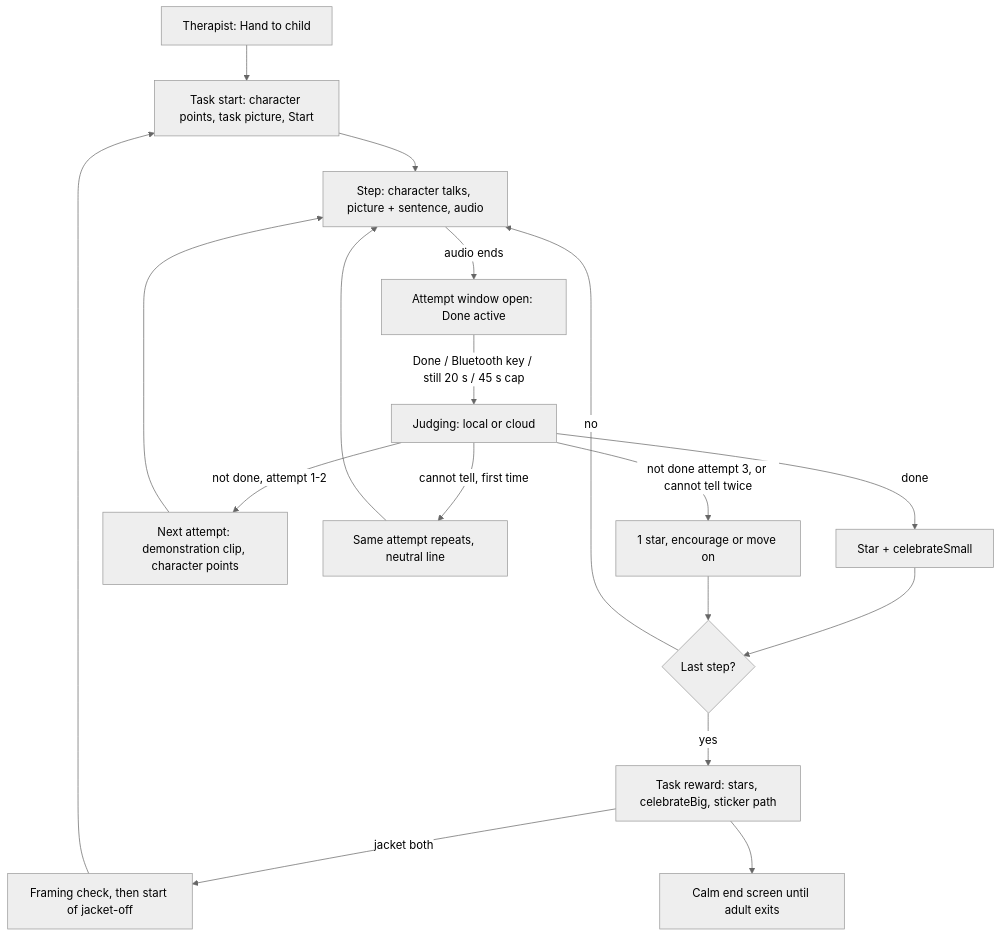
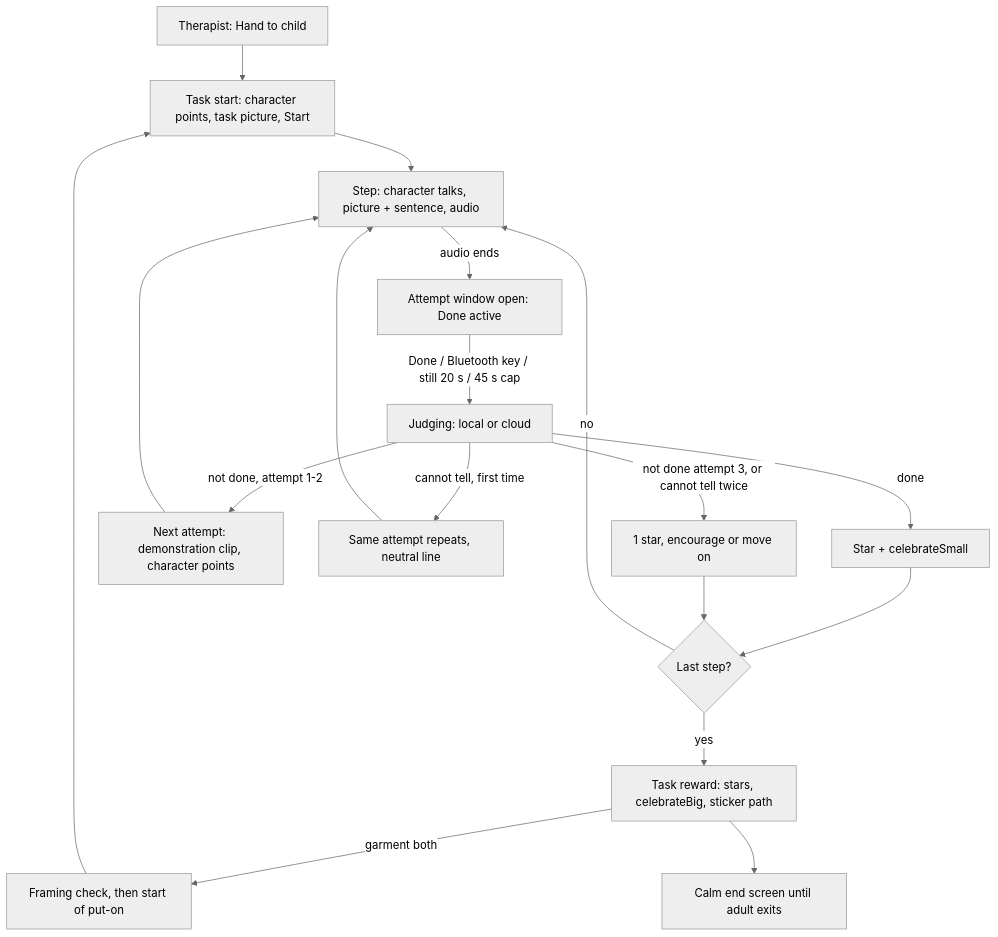
Before and after one commit to bosamraprivate-cloud/skill-motion: the diagram in docs/flows/child-flow.md, drawn with Mermaid (neutral theme). The commit also changed other lines of this file and 23 other files, not shown here.

Commit message:
feat: task posture, take-off before put-on, 5 take-off tasks (Story 6.1)

````diff
--- a/docs/flows/child-flow.md
+++ b/docs/flows/child-flow.md
@@ -9,20 +9,20 @@
 ```mermaid
 flowchart TD
     A[Therapist: Hand to child] --> B[Task start: character points, task picture, Start]
     B --> C[Step: character talks, picture + sentence, audio]
     C -->|audio ends| D[Attempt window open: Done active]
     D -->|Done / Bluetooth key / still 20 s / 45 s cap| E[Judging: local or cloud]
     E -->|done| F[Star + celebrateSmall]
     E -->|not done, attempt 1-2| G[Next attempt: demonstration clip, character points]
     G --> C
     E -->|cannot tell, first time| H[Same attempt repeats, neutral line]
     H --> C
     E -->|not done attempt 3, or cannot tell twice| I[1 star, encourage or move on]
     F --> J{Last step?}
     I --> J
     J -->|no| C
     J -->|yes| K[Task reward: stars, celebrateBig, sticker path]
-    K -->|jacket both| L[Framing check, then start of jacket-off]
+    K -->|garment both| L[Framing check, then start of put-on]
     L --> B
     K --> M[Calm end screen until adult exits]
 ```
````
